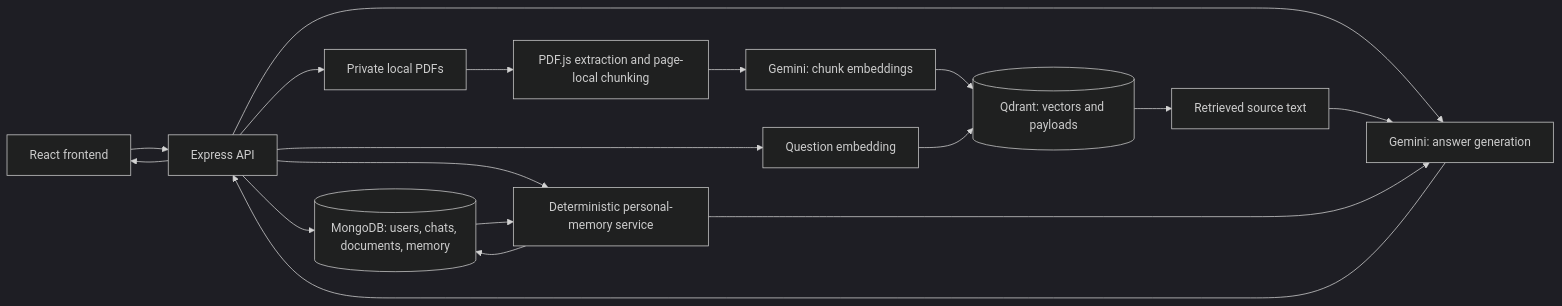
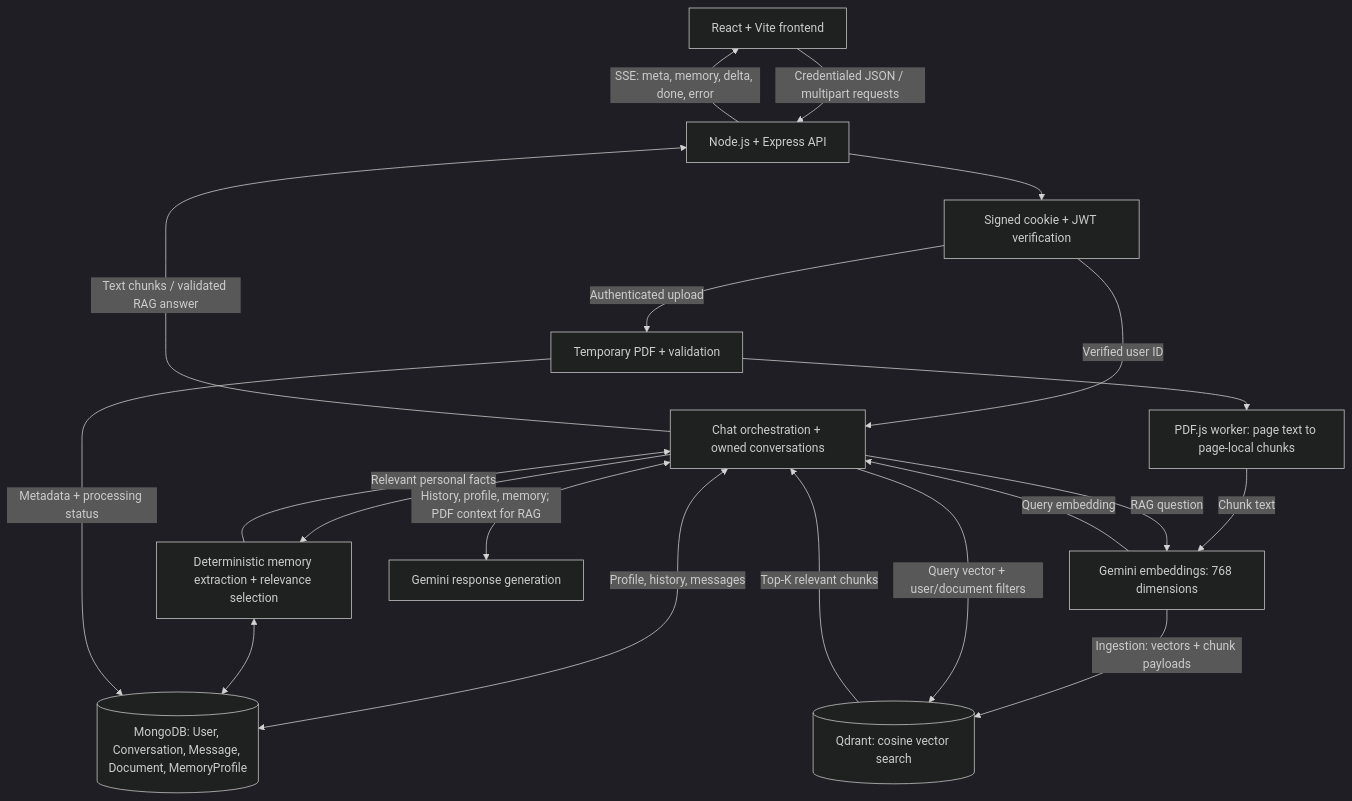
Before and after one commit to ayushkhandelwal18/ai_buddy_chatbot: the diagram in Readme.md, drawn with Mermaid (dark theme). The commit also changed other lines of this file and 2 other files, not shown here.

````diff
--- a/Readme.md
+++ b/Readme.md
@@ -39,20 +11,22 @@
 ```mermaid
-flowchart LR
-    UI["React frontend"] --> API["Express API"]
-    API --> DB[("MongoDB: users, chats, documents, memory")]
-    API --> CHAT["Gemini: answer generation"]
-    API --> FILES["Private local PDFs"]
-    FILES --> EXTRACT["PDF.js extraction and page-local chunking"]
-    EXTRACT --> EMBED["Gemini: chunk embeddings"]
-    EMBED --> Q[("Qdrant: vectors and payloads")]
-    API --> QUERY["Question embedding"]
-    QUERY --> Q
-    Q --> CONTEXT["Retrieved source text"]
-    CONTEXT --> CHAT
-    API --> MEMORY["Deterministic personal-memory service"]
-    MEMORY --> DB
-    DB --> MEMORY
-    MEMORY --> CHAT
-    CHAT --> API
-    API --> UI
+flowchart TB
+    UI["React + Vite frontend"] -->|"Credentialed JSON / multipart requests"| API["Node.js + Express API"]
+    API --> AUTH["Signed cookie + JWT verification"]
+    AUTH -->|"Verified user ID"| CHAT["Chat orchestration + owned conversations"]
+    AUTH -->|"Authenticated upload"| PDF["Temporary PDF + validation"]
+    CHAT <-->|"Profile, history, messages"| DB[("MongoDB: User, Conversation, Message, Document, MemoryProfile")]
+    CHAT --> MEMORY["Deterministic memory extraction + relevance selection"]
+    MEMORY <--> DB
+    MEMORY -->|"Relevant personal facts"| CHAT
+    PDF --> PARSE["PDF.js worker: page text to page-local chunks"]
+    PARSE -->|"Chunk text"| EMBED["Gemini embeddings: 768 dimensions"]
+    EMBED -->|"Ingestion: vectors + chunk payloads"| Q[("Qdrant: cosine vector search")]
+    PDF -->|"Metadata + processing status"| DB
+    CHAT -->|"RAG question"| EMBED
+    EMBED -->|"Query embedding"| CHAT
+    CHAT -->|"Query vector + user/document filters"| Q
+    Q -->|"Top-K relevant chunks"| CHAT
+    CHAT <-->|"History, profile, memory; PDF context for RAG"| GEMINI["Gemini response generation"]
+    CHAT -->|"Text chunks / validated RAG answer"| API
+    API -->|"SSE: meta, memory, delta, done, error"| UI
 ```
````
